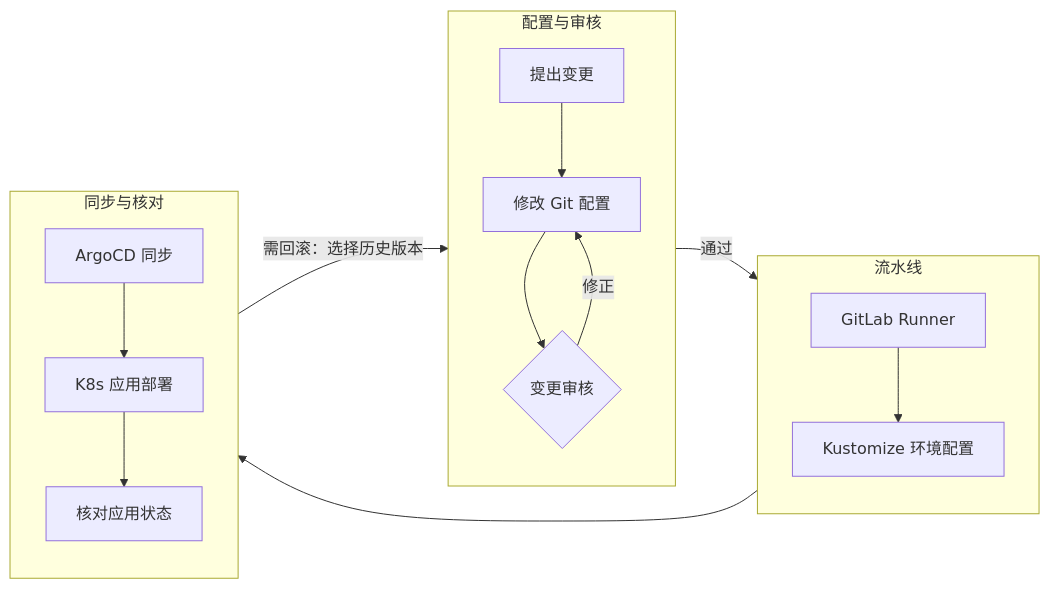
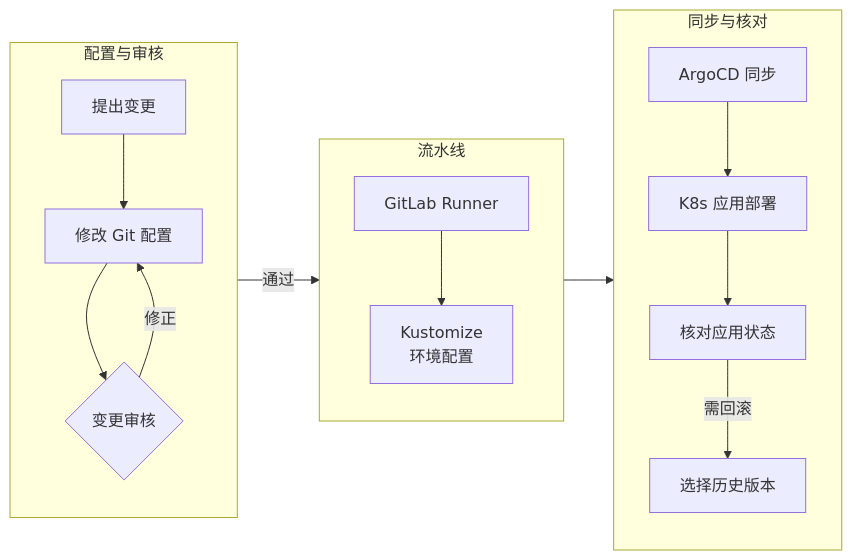
Before and after one commit to cytlabs/personal-site: the first of 2 diagrams in content/cases/enterprise-gitops-platform.md, drawn with Mermaid. The commit also changed 8 other files, not shown here.

Commit message:
完善图表阅读顺序与语义换行

````diff
--- a/content/cases/enterprise-gitops-platform.md
+++ b/content/cases/enterprise-gitops-platform.md
@@ -17,18 +17,18 @@
 ```mermaid
 flowchart LR
     subgraph CONFIG["配置与审核"]
         direction TB
         A["提出变更"] --> B["修改 Git 配置"] --> C{"变更审核"}
         C -->|修正| B
     end
     subgraph PIPE["流水线"]
         direction TB
-        D["GitLab Runner"] --> E["Kustomize 环境配置"]
+        D["GitLab Runner"] --> E["Kustomize<br/>环境配置"]
     end
     subgraph DEPLOY["同步与核对"]
         direction TB
         F["ArgoCD 同步"] --> G["K8s 应用部署"] --> H["核对应用状态"]
+        H -->|需回滚| R["选择历史版本"]
     end
     CONFIG -->|通过| PIPE --> DEPLOY
-    DEPLOY -->|需回滚：选择历史版本| CONFIG
 ```
````
